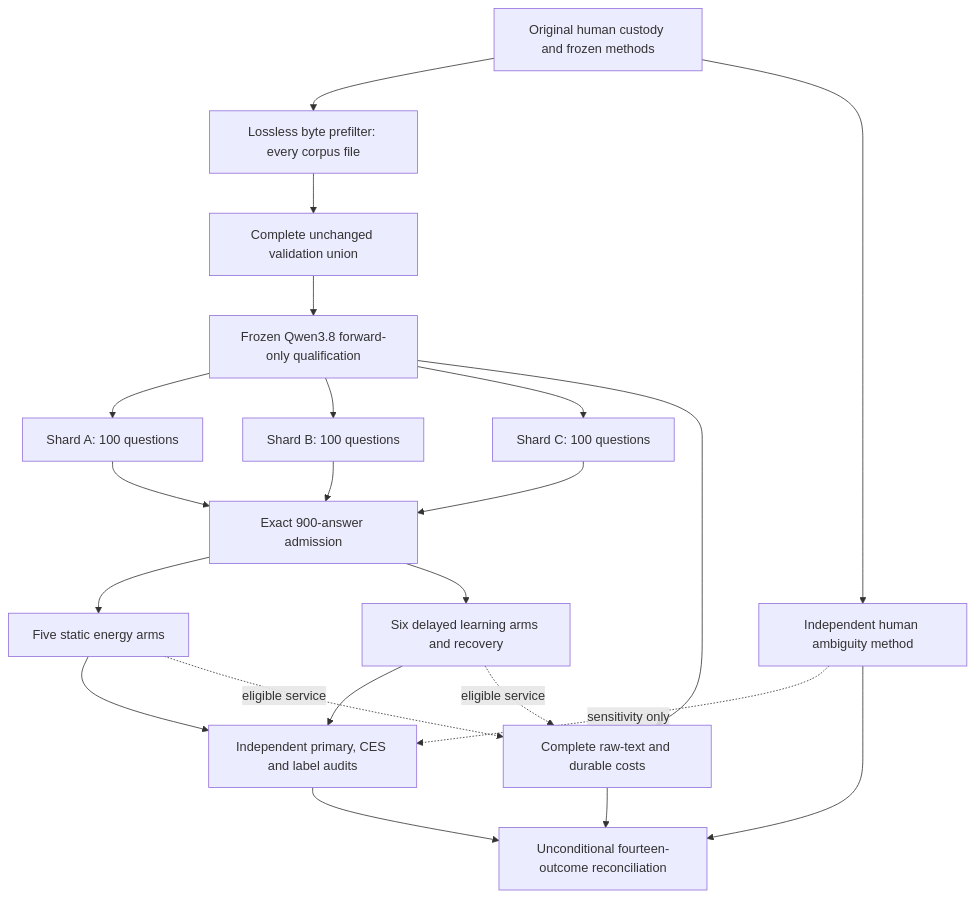
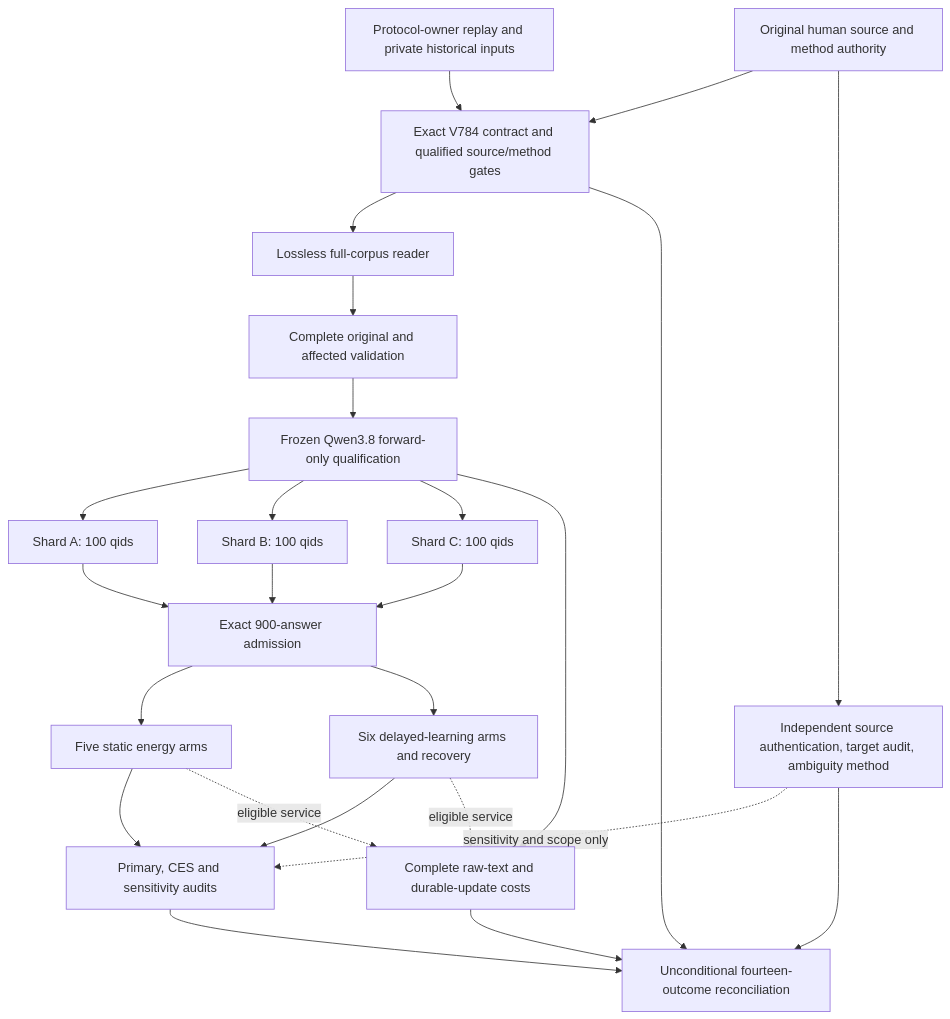
The diagram in openspec/change-proposals/research-roadmap-vNEXT.md (Carnot-EBM/carnot-ebm), drawn with Mermaid before and after one commit. The commit also changed other lines of this file and 19 other files, not shown here.

````diff
--- a/openspec/change-proposals/research-roadmap-vNEXT.md
+++ b/openspec/change-proposals/research-roadmap-vNEXT.md
@@ -94,31 +99,35 @@
 ```mermaid
 flowchart TD
-  C[Original human custody and frozen methods]
-  P[Lossless byte prefilter: every corpus file]
-  V[Complete unchanged validation union]
+  O[Original human source and method authority]
+  R[Protocol-owner replay and private historical inputs]
+  C[Exact V784 contract and qualified source/method gates]
+  P[Lossless full-corpus reader]
+  V[Complete original and affected validation]
   Q[Frozen Qwen3.8 forward-only qualification]
-  A[Shard A: 100 questions]
-  B[Shard B: 100 questions]
-  D[Shard C: 100 questions]
+  A[Shard A: 100 qids]
+  B[Shard B: 100 qids]
+  D[Shard C: 100 qids]
   J[Exact 900-answer admission]
   S[Five static energy arms]
-  L[Six delayed learning arms and recovery]
-  U[Independent human ambiguity method]
-  E[Independent primary, CES and label audits]
-  K[Complete raw-text and durable costs]
+  L[Six delayed-learning arms and recovery]
+  U[Independent source authentication, target audit, ambiguity method]
+  E[Primary, CES and sensitivity audits]
+  K[Complete raw-text and durable-update costs]
   Z[Unconditional fourteen-outcome reconciliation]
-  C --> P --> V --> Q
-  C --> U
+  R --> C --> P --> V --> Q
+  O --> C
+  O --> U
   Q --> A --> J
   Q --> B --> J
   Q --> D --> J
   J --> S --> E
   J --> L --> E
-  U -. sensitivity only .-> E
+  U -. sensitivity and scope only .-> E
   Q --> K
   S -. eligible service .-> K
   L -. eligible service .-> K
   E --> Z
   K --> Z
   U --> Z
+  C --> Z
 ```
````
